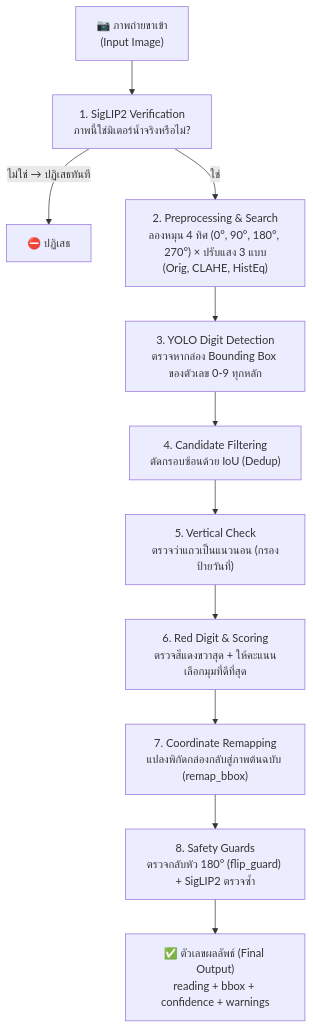
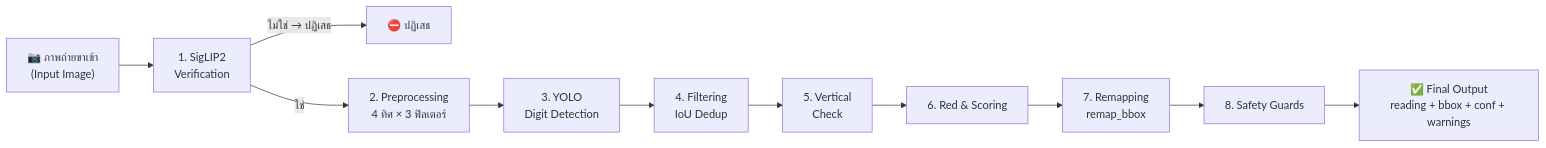
The first of 4 diagrams in TUTORIAL.md (jirathxz/meter-reader), drawn with Mermaid before and after one commit. The commit also changed 1 other file, not shown here.

Commit message:
docs: make Pipeline Data Flow diagram 16:9 (flowchart LR)
- Change mermaid from TD (vertical) to LR (horizontal) with compact labels for widescreen 16:9
- Keep fallback text diagram unchanged
- Preserve 42 headings, formal Thai, Tab+ThaiDist, placeholders

````diff
--- a/TUTORIAL.md
+++ b/TUTORIAL.md
@@ -92,13 +92,14 @@
 ```mermaid
-flowchart TD
-    A["📷 ภาพถ่ายขาเข้า<br/>(Input Image)"] --> B["1. SigLIP2 Verification<br/>ภาพนี้ใช่มิเตอร์น้ำจริงหรือไม่?"]
-    B -->|"ไม่ใช่ → ปฏิเสธทันที"| B1["⛔ ปฏิเสธ"]
-    B -->|"ใช่"| C["2. Preprocessing & Search<br/>ลองหมุน 4 ทิศ (0°, 90°, 180°, 270°) × ปรับแสง 3 แบบ<br/>(Orig, CLAHE, HistEq)"]
-    C --> D["3. YOLO Digit Detection<br/>ตรวจหากล่อง Bounding Box ของตัวเลข 0-9 ทุกหลัก"]
-    D --> E["4. Candidate Filtering<br/>ตัดกรอบซ้อนด้วย IoU (Dedup)"]
-    E --> F["5. Vertical Check<br/>ตรวจว่าแถวเป็นแนวนอน (กรองป้ายวันที่)"]
-    F --> G["6. Red Digit & Scoring<br/>ตรวจสีแดงขวาสุด + ให้คะแนนเลือกมุมที่ดีที่สุด"]
-    G --> H["7. Coordinate Remapping<br/>แปลงพิกัดกล่องกลับสู่ภาพต้นฉบับ (remap_bbox)"]
-    H --> I["8. Safety Guards<br/>ตรวจกลับหัว 180° (flip_guard) + SigLIP2 ตรวจซ้ำ"]
-    I --> J["✅ ตัวเลขผลลัพธ์ (Final Output)<br/>reading + bbox + confidence + warnings"]
+%% 16:9 layout — horizontal flow for widescreen
+flowchart LR
+    A["📷 ภาพถ่ายขาเข้า<br/>(Input Image)"] --> B["1. SigLIP2<br/>Verification"]
+    B -->|"ไม่ใช่ → ปฏิเสธ"| B1["⛔ ปฏิเสธ"]
+    B -->|"ใช่"| C["2. Preprocessing<br/>4 ทิศ × 3 ฟิลเตอร์"]
+    C --> D["3. YOLO<br/>Digit Detection"]
+    D --> E["4. Filtering<br/>IoU Dedup"]
+    E --> F["5. Vertical<br/>Check"]
+    F --> G["6. Red & Scoring"]
+    G --> H["7. Remapping<br/>remap_bbox"]
+    H --> I["8. Safety Guards"]
+    I --> J["✅ Final Output<br/>reading + bbox + conf + warnings"]
 ```
````
